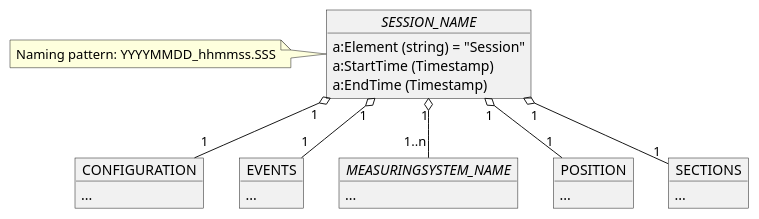
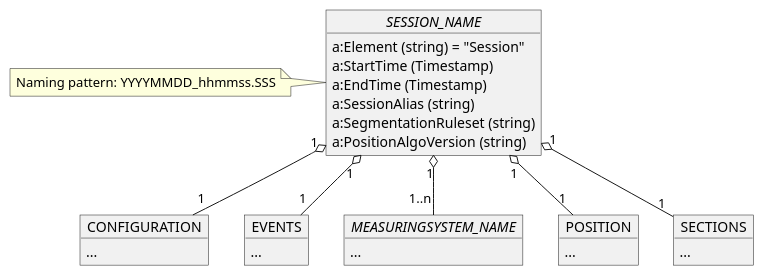
Before and after one commit to OpenRailAssociation/rcm-dx: the fifth of 13 diagrams in images/rcm-dx-images.puml, drawn with PlantUML. The commit also changed other lines of this file and 16 other files, not shown here.

Commit message:
Introduce version 2.0.2 that adds additional session attributes

```diff
--- a/images/rcm-dx-images.puml
+++ b/images/rcm-dx-images.puml
@@ -132,34 +138,37 @@
 @startuml rcmdx_session_group
 
   object "//SESSION_NAME//" as session_name {
     a:Element (string) = "Session"
     a:StartTime (Timestamp)
     a:EndTime (Timestamp)
+    a:SessionAlias (string)
+    a:SegmentationRuleset (string)
+    a:PositionAlgoVersion (string)
   } 
   note left: Naming pattern: YYYYMMDD_hhmmss.SSS
 
   object "CONFIGURATION" as session_config {
     ...
   }
   session_name "1" o-- "1" session_config
 
   object EVENTS {
     ...
   }
   session_name "1" o-- "1" EVENTS
 
   object "//MEASURINGSYSTEM_NAME//" as MEASURINGSYSTEM {
     ...
   }
   session_name "1" o-- "1..n" MEASURINGSYSTEM
 
   object POSITION {
     ...
   }
   session_name "1" o-- "1" POSITION
 
   object SECTIONS {
     ...
   }
   session_name "1" o-- "1" SECTIONS
 @enduml
```
